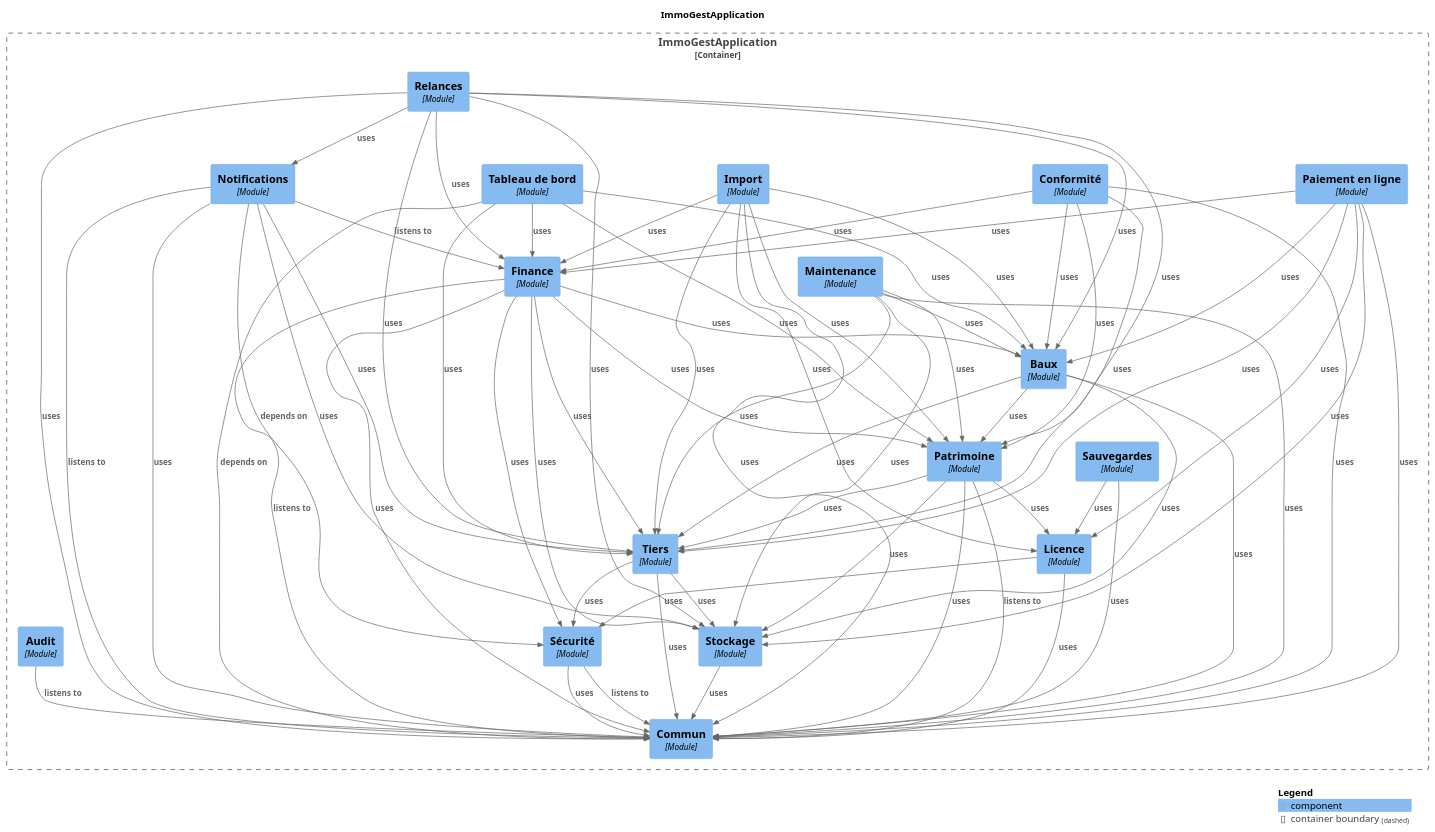
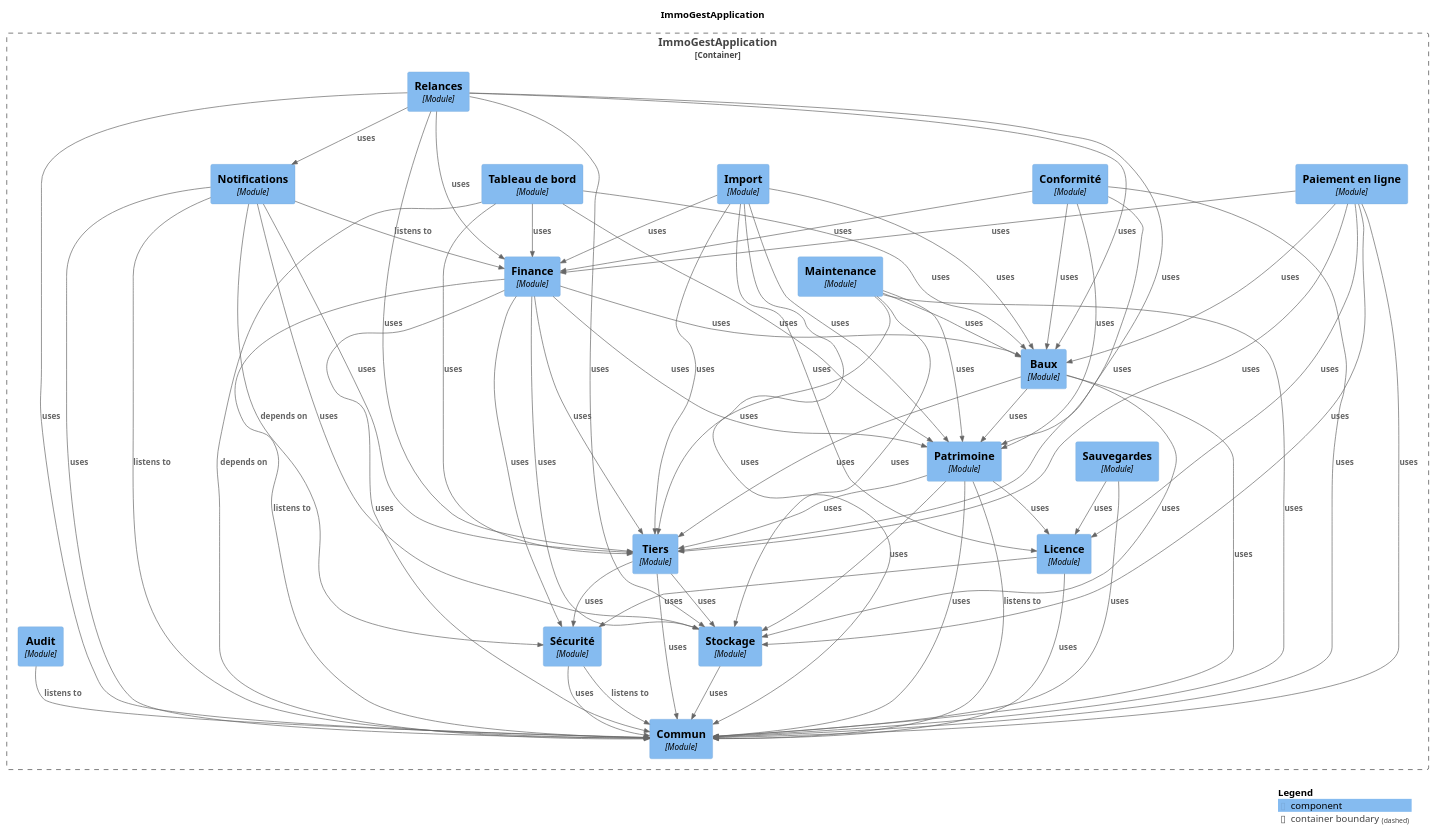
Before and after one commit to fixedevelloper/csimmo: the diagram in docs/modules/components.puml, drawn with PlantUML. The commit also changed other lines of this file and 68 other files, not shown here.

```diff
--- a/docs/modules/components.puml
+++ b/docs/modules/components.puml
@@ -28,7 +28,24 @@
   Component(ImmoGestApplication.ImmoGestApplication.Patrimoine, "Patrimoine", $techn="Module", $descr="", $tags="", $link="")
 }
 
+Rel(ImmoGestApplication.ImmoGestApplication.Notifications, ImmoGestApplication.ImmoGestApplication.Commun, "uses", $techn="", $tags="", $link="")
+Rel(ImmoGestApplication.ImmoGestApplication.Paiementenligne, ImmoGestApplication.ImmoGestApplication.Finance, "uses", $techn="", $tags="", $link="")
+Rel(ImmoGestApplication.ImmoGestApplication.Paiementenligne, ImmoGestApplication.ImmoGestApplication.Baux, "uses", $techn="", $tags="", $link="")
+Rel(ImmoGestApplication.ImmoGestApplication.Paiementenligne, ImmoGestApplication.ImmoGestApplication.Tiers, "uses", $techn="", $tags="", $link="")
+Rel(ImmoGestApplication.ImmoGestApplication.Paiementenligne, ImmoGestApplication.ImmoGestApplication.Licence, "uses", $techn="", $tags="", $link="")
+Rel(ImmoGestApplication.ImmoGestApplication.Paiementenligne, ImmoGestApplication.ImmoGestApplication.Stockage, "uses", $techn="", $tags="", $link="")
+Rel(ImmoGestApplication.ImmoGestApplication.Paiementenligne, ImmoGestApplication.ImmoGestApplication.Commun, "uses", $techn="", $tags="", $link="")
+Rel(ImmoGestApplication.ImmoGestApplication.Baux, ImmoGestApplication.ImmoGestApplication.Patrimoine, "uses", $techn="", $tags="", $link="")
+Rel(ImmoGestApplication.ImmoGestApplication.Baux, ImmoGestApplication.ImmoGestApplication.Tiers, "uses", $techn="", $tags="", $link="")
+Rel(ImmoGestApplication.ImmoGestApplication.Baux, ImmoGestApplication.ImmoGestApplication.Stockage, "uses", $techn="", $tags="", $link="")
+Rel(ImmoGestApplication.ImmoGestApplication.Baux, ImmoGestApplication.ImmoGestApplication.Commun, "uses", $techn="", $tags="", $link="")
+Rel(ImmoGestApplication.ImmoGestApplication.Conformité, ImmoGestApplication.ImmoGestApplication.Tiers, "uses", $techn="", $tags="", $link="")
+Rel(ImmoGestApplication.ImmoGestApplication.Conformité, ImmoGestApplication.ImmoGestApplication.Baux, "uses", $techn="", $tags="", $link="")
+Rel(ImmoGestApplication.ImmoGestApplication.Conformité, ImmoGestApplication.ImmoGestApplication.Finance, "uses", $techn="", $tags="", $link="")
+Rel(ImmoGestApplication.ImmoGestApplication.Conformité, ImmoGestApplication.ImmoGestApplication.Patrimoine, "uses", $techn="", $tags="", $link="")
 Rel(ImmoGestApplication.ImmoGestApplication.Conformité, ImmoGestApplication.ImmoGestApplication.Commun, "uses", $techn="", $tags="", $link="")
+Rel(ImmoGestApplication.ImmoGestApplication.Licence, ImmoGestApplication.ImmoGestApplication.Sécurité, "uses", $techn="", $tags="", $link="")
+Rel(ImmoGestApplication.ImmoGestApplication.Licence, ImmoGestApplication.ImmoGestApplication.Commun, "uses", $techn="", $tags="", $link="")
 Rel(ImmoGestApplication.ImmoGestApplication.Finance, ImmoGestApplication.ImmoGestApplication.Commun, "listens to", $techn="", $tags="", $link="")
 Rel(ImmoGestApplication.ImmoGestApplication.Finance, ImmoGestApplication.ImmoGestApplication.Patrimoine, "uses", $techn="", $tags="", $link="")
 Rel(ImmoGestApplication.ImmoGestApplication.Finance, ImmoGestApplication.ImmoGestApplication.Commun, "uses", $techn="", $tags="", $link="")
@@ -36,53 +53,13 @@
 Rel(ImmoGestApplication.ImmoGestApplication.Finance, ImmoGestApplication.ImmoGestApplication.Tiers, "uses", $techn="", $tags="", $link="")
 Rel(ImmoGestApplication.ImmoGestApplication.Finance, ImmoGestApplication.ImmoGestApplication.Stockage, "uses", $techn="", $tags="", $link="")
 Rel(ImmoGestApplication.ImmoGestApplication.Finance, ImmoGestApplication.ImmoGestApplication.Sécurité, "uses", $techn="", $tags="", $link="")
-Rel(ImmoGestApplication.ImmoGestApplication.Tiers, ImmoGestApplication.ImmoGestApplication.Stockage, "uses", $techn="", $tags="", $link="")
-Rel(ImmoGestApplication.ImmoGestApplication.Tiers, ImmoGestApplication.ImmoGestApplication.Commun, "uses", $techn="", $tags="", $link="")
-Rel(ImmoGestApplication.ImmoGestApplication.Tiers, ImmoGestApplication.ImmoGestApplication.Sécurité, "uses", $techn="", $tags="", $link="")
-Rel(ImmoGestApplication.ImmoGestApplication.Maintenance, ImmoGestApplication.ImmoGestApplication.Baux, "uses", $techn="", $tags="", $link="")
-Rel(ImmoGestApplication.ImmoGestApplication.Maintenance, ImmoGestApplication.ImmoGestApplication.Patrimoine, "uses", $techn="", $tags="", $link="")
-Rel(ImmoGestApplication.ImmoGestApplication.Maintenance, ImmoGestApplication.ImmoGestApplication.Tiers, "uses", $techn="", $tags="", $link="")
-Rel(ImmoGestApplication.ImmoGestApplication.Maintenance, ImmoGestApplication.ImmoGestApplication.Stockage, "uses", $techn="", $tags="", $link="")
-Rel(ImmoGestApplication.ImmoGestApplication.Maintenance, ImmoGestApplication.ImmoGestApplication.Commun, "uses", $techn="", $tags="", $link="")
-Rel(ImmoGestApplication.ImmoGestApplication.Baux, ImmoGestApplication.ImmoGestApplication.Patrimoine, "uses", $techn="", $tags="", $link="")
-Rel(ImmoGestApplication.ImmoGestApplication.Baux, ImmoGestApplication.ImmoGestApplication.Tiers, "uses", $techn="", $tags="", $link="")
-Rel(ImmoGestApplication.ImmoGestApplication.Baux, ImmoGestApplication.ImmoGestApplication.Stockage, "uses", $techn="", $tags="", $link="")
-Rel(ImmoGestApplication.ImmoGestApplication.Baux, ImmoGestApplication.ImmoGestApplication.Commun, "uses", $techn="", $tags="", $link="")
-Rel(ImmoGestApplication.ImmoGestApplication.Notifications, ImmoGestApplication.ImmoGestApplication.Commun, "listens to", $techn="", $tags="", $link="")
-Rel(ImmoGestApplication.ImmoGestApplication.Notifications, ImmoGestApplication.ImmoGestApplication.Finance, "listens to", $techn="", $tags="", $link="")
-Rel(ImmoGestApplication.ImmoGestApplication.Notifications, ImmoGestApplication.ImmoGestApplication.Sécurité, "depends on", $techn="", $tags="", $link="")
-Rel(ImmoGestApplication.ImmoGestApplication.Notifications, ImmoGestApplication.ImmoGestApplication.Stockage, "uses", $techn="", $tags="", $link="")
-Rel(ImmoGestApplication.ImmoGestApplication.Notifications, ImmoGestApplication.ImmoGestApplication.Tiers, "uses", $techn="", $tags="", $link="")
-Rel(ImmoGestApplication.ImmoGestApplication.Notifications, ImmoGestApplication.ImmoGestApplication.Commun, "uses", $techn="", $tags="", $link="")
-Rel(ImmoGestApplication.ImmoGestApplication.Sécurité, ImmoGestApplication.ImmoGestApplication.Commun, "listens to", $techn="", $tags="", $link="")
-Rel(ImmoGestApplication.ImmoGestApplication.Sécurité, ImmoGestApplication.ImmoGestApplication.Commun, "uses", $techn="", $tags="", $link="")
-Rel(ImmoGestApplication.ImmoGestApplication.Paiementenligne, ImmoGestApplication.ImmoGestApplication.Finance, "uses", $techn="", $tags="", $link="")
-Rel(ImmoGestApplication.ImmoGestApplication.Paiementenligne, ImmoGestApplication.ImmoGestApplication.Baux, "uses", $techn="", $tags="", $link="")
-Rel(ImmoGestApplication.ImmoGestApplication.Paiementenligne, ImmoGestApplication.ImmoGestApplication.Tiers, "uses", $techn="", $tags="", $link="")
-Rel(ImmoGestApplication.ImmoGestApplication.Paiementenligne, ImmoGestApplication.ImmoGestApplication.Licence, "uses", $techn="", $tags="", $link="")
-Rel(ImmoGestApplication.ImmoGestApplication.Paiementenligne, ImmoGestApplication.ImmoGestApplication.Stockage, "uses", $techn="", $tags="", $link="")
-Rel(ImmoGestApplication.ImmoGestApplication.Paiementenligne, ImmoGestApplication.ImmoGestApplication.Commun, "uses", $techn="", $tags="", $link="")
-Rel(ImmoGestApplication.ImmoGestApplication.Stockage, ImmoGestApplication.ImmoGestApplication.Commun, "uses", $techn="", $tags="", $link="")
-Rel(ImmoGestApplication.ImmoGestApplication.Licence, ImmoGestApplication.ImmoGestApplication.Sécurité, "uses", $techn="", $tags="", $link="")
-Rel(ImmoGestApplication.ImmoGestApplication.Licence, ImmoGestApplication.ImmoGestApplication.Commun, "uses", $techn="", $tags="", $link="")
 Rel(ImmoGestApplication.ImmoGestApplication.Import, ImmoGestApplication.ImmoGestApplication.Patrimoine, "uses", $techn="", $tags="", $link="")
 Rel(ImmoGestApplication.ImmoGestApplication.Import, ImmoGestApplication.ImmoGestApplication.Tiers, "uses", $techn="", $tags="", $link="")
 Rel(ImmoGestApplication.ImmoGestApplication.Import, ImmoGestApplication.ImmoGestApplication.Baux, "uses", $techn="", $tags="", $link="")
 Rel(ImmoGestApplication.ImmoGestApplication.Import, ImmoGestApplication.ImmoGestApplication.Finance, "uses", $techn="", $tags="", $link="")
 Rel(ImmoGestApplication.ImmoGestApplication.Import, ImmoGestApplication.ImmoGestApplication.Licence, "uses", $techn="", $tags="", $link="")
 Rel(ImmoGestApplication.ImmoGestApplication.Import, ImmoGestApplication.ImmoGestApplication.Commun, "uses", $techn="", $tags="", $link="")
-Rel(ImmoGestApplication.ImmoGestApplication.Tableaudebord, ImmoGestApplication.ImmoGestApplication.Commun, "depends on", $techn="", $tags="", $link="")
-Rel(ImmoGestApplication.ImmoGestApplication.Tableaudebord, ImmoGestApplication.ImmoGestApplication.Patrimoine, "uses", $techn="", $tags="", $link="")
-Rel(ImmoGestApplication.ImmoGestApplication.Tableaudebord, ImmoGestApplication.ImmoGestApplication.Baux, "uses", $techn="", $tags="", $link="")
-Rel(ImmoGestApplication.ImmoGestApplication.Tableaudebord, ImmoGestApplication.ImmoGestApplication.Tiers, "uses", $techn="", $tags="", $link="")
-Rel(ImmoGestApplication.ImmoGestApplication.Tableaudebord, ImmoGestApplication.ImmoGestApplication.Finance, "uses", $techn="", $tags="", $link="")
-Rel(ImmoGestApplication.ImmoGestApplication.Patrimoine, ImmoGestApplication.ImmoGestApplication.Commun, "listens to", $techn="", $tags="", $link="")
-Rel(ImmoGestApplication.ImmoGestApplication.Patrimoine, ImmoGestApplication.ImmoGestApplication.Licence, "uses", $techn="", $tags="", $link="")
-Rel(ImmoGestApplication.ImmoGestApplication.Patrimoine, ImmoGestApplication.ImmoGestApplication.Stockage, "uses", $techn="", $tags="", $link="")
-Rel(ImmoGestApplication.ImmoGestApplication.Patrimoine, ImmoGestApplication.ImmoGestApplication.Commun, "uses", $techn="", $tags="", $link="")
-Rel(ImmoGestApplication.ImmoGestApplication.Patrimoine, ImmoGestApplication.ImmoGestApplication.Tiers, "uses", $techn="", $tags="", $link="")
-Rel(ImmoGestApplication.ImmoGestApplication.Sauvegardes, ImmoGestApplication.ImmoGestApplication.Licence, "uses", $techn="", $tags="", $link="")
-Rel(ImmoGestApplication.ImmoGestApplication.Sauvegardes, ImmoGestApplication.ImmoGestApplication.Commun, "uses", $techn="", $tags="", $link="")
+Rel(ImmoGestApplication.ImmoGestApplication.Audit, ImmoGestApplication.ImmoGestApplication.Commun, "listens to", $techn="", $tags="", $link="")
 Rel(ImmoGestApplication.ImmoGestApplication.Relances, ImmoGestApplication.ImmoGestApplication.Finance, "uses", $techn="", $tags="", $link="")
 Rel(ImmoGestApplication.ImmoGestApplication.Relances, ImmoGestApplication.ImmoGestApplication.Baux, "uses", $techn="", $tags="", $link="")
 Rel(ImmoGestApplication.ImmoGestApplication.Relances, ImmoGestApplication.ImmoGestApplication.Patrimoine, "uses", $techn="", $tags="", $link="")
@@ -90,11 +67,34 @@
 Rel(ImmoGestApplication.ImmoGestApplication.Relances, ImmoGestApplication.ImmoGestApplication.Notifications, "uses", $techn="", $tags="", $link="")
 Rel(ImmoGestApplication.ImmoGestApplication.Relances, ImmoGestApplication.ImmoGestApplication.Stockage, "uses", $techn="", $tags="", $link="")
 Rel(ImmoGestApplication.ImmoGestApplication.Relances, ImmoGestApplication.ImmoGestApplication.Commun, "uses", $techn="", $tags="", $link="")
-Rel(ImmoGestApplication.ImmoGestApplication.Audit, ImmoGestApplication.ImmoGestApplication.Commun, "listens to", $techn="", $tags="", $link="")
-Rel(ImmoGestApplication.ImmoGestApplication.Conformité, ImmoGestApplication.ImmoGestApplication.Tiers, "uses", $techn="", $tags="", $link="")
-Rel(ImmoGestApplication.ImmoGestApplication.Conformité, ImmoGestApplication.ImmoGestApplication.Baux, "uses", $techn="", $tags="", $link="")
-Rel(ImmoGestApplication.ImmoGestApplication.Conformité, ImmoGestApplication.ImmoGestApplication.Finance, "uses", $techn="", $tags="", $link="")
-Rel(ImmoGestApplication.ImmoGestApplication.Conformité, ImmoGestApplication.ImmoGestApplication.Patrimoine, "uses", $techn="", $tags="", $link="")
+Rel(ImmoGestApplication.ImmoGestApplication.Sauvegardes, ImmoGestApplication.ImmoGestApplication.Licence, "uses", $techn="", $tags="", $link="")
+Rel(ImmoGestApplication.ImmoGestApplication.Sauvegardes, ImmoGestApplication.ImmoGestApplication.Commun, "uses", $techn="", $tags="", $link="")
+Rel(ImmoGestApplication.ImmoGestApplication.Maintenance, ImmoGestApplication.ImmoGestApplication.Baux, "uses", $techn="", $tags="", $link="")
+Rel(ImmoGestApplication.ImmoGestApplication.Maintenance, ImmoGestApplication.ImmoGestApplication.Patrimoine, "uses", $techn="", $tags="", $link="")
+Rel(ImmoGestApplication.ImmoGestApplication.Maintenance, ImmoGestApplication.ImmoGestApplication.Tiers, "uses", $techn="", $tags="", $link="")
+Rel(ImmoGestApplication.ImmoGestApplication.Maintenance, ImmoGestApplication.ImmoGestApplication.Stockage, "uses", $techn="", $tags="", $link="")
+Rel(ImmoGestApplication.ImmoGestApplication.Maintenance, ImmoGestApplication.ImmoGestApplication.Commun, "uses", $techn="", $tags="", $link="")
+Rel(ImmoGestApplication.ImmoGestApplication.Sécurité, ImmoGestApplication.ImmoGestApplication.Commun, "listens to", $techn="", $tags="", $link="")
+Rel(ImmoGestApplication.ImmoGestApplication.Sécurité, ImmoGestApplication.ImmoGestApplication.Commun, "uses", $techn="", $tags="", $link="")
+Rel(ImmoGestApplication.ImmoGestApplication.Patrimoine, ImmoGestApplication.ImmoGestApplication.Commun, "listens to", $techn="", $tags="", $link="")
+Rel(ImmoGestApplication.ImmoGestApplication.Patrimoine, ImmoGestApplication.ImmoGestApplication.Licence, "uses", $techn="", $tags="", $link="")
+Rel(ImmoGestApplication.ImmoGestApplication.Patrimoine, ImmoGestApplication.ImmoGestApplication.Stockage, "uses", $techn="", $tags="", $link="")
+Rel(ImmoGestApplication.ImmoGestApplication.Patrimoine, ImmoGestApplication.ImmoGestApplication.Commun, "uses", $techn="", $tags="", $link="")
+Rel(ImmoGestApplication.ImmoGestApplication.Patrimoine, ImmoGestApplication.ImmoGestApplication.Tiers, "uses", $techn="", $tags="", $link="")
+Rel(ImmoGestApplication.ImmoGestApplication.Tableaudebord, ImmoGestApplication.ImmoGestApplication.Commun, "depends on", $techn="", $tags="", $link="")
+Rel(ImmoGestApplication.ImmoGestApplication.Tableaudebord, ImmoGestApplication.ImmoGestApplication.Patrimoine, "uses", $techn="", $tags="", $link="")
+Rel(ImmoGestApplication.ImmoGestApplication.Tableaudebord, ImmoGestApplication.ImmoGestApplication.Baux, "uses", $techn="", $tags="", $link="")
+Rel(ImmoGestApplication.ImmoGestApplication.Tableaudebord, ImmoGestApplication.ImmoGestApplication.Tiers, "uses", $techn="", $tags="", $link="")
+Rel(ImmoGestApplication.ImmoGestApplication.Tableaudebord, ImmoGestApplication.ImmoGestApplication.Finance, "uses", $techn="", $tags="", $link="")
+Rel(ImmoGestApplication.ImmoGestApplication.Tiers, ImmoGestApplication.ImmoGestApplication.Stockage, "uses", $techn="", $tags="", $link="")
+Rel(ImmoGestApplication.ImmoGestApplication.Tiers, ImmoGestApplication.ImmoGestApplication.Commun, "uses", $techn="", $tags="", $link="")
+Rel(ImmoGestApplication.ImmoGestApplication.Tiers, ImmoGestApplication.ImmoGestApplication.Sécurité, "uses", $techn="", $tags="", $link="")
+Rel(ImmoGestApplication.ImmoGestApplication.Stockage, ImmoGestApplication.ImmoGestApplication.Commun, "uses", $techn="", $tags="", $link="")
+Rel(ImmoGestApplication.ImmoGestApplication.Notifications, ImmoGestApplication.ImmoGestApplication.Commun, "listens to", $techn="", $tags="", $link="")
+Rel(ImmoGestApplication.ImmoGestApplication.Notifications, ImmoGestApplication.ImmoGestApplication.Finance, "listens to", $techn="", $tags="", $link="")
+Rel(ImmoGestApplication.ImmoGestApplication.Notifications, ImmoGestApplication.ImmoGestApplication.Sécurité, "depends on", $techn="", $tags="", $link="")
+Rel(ImmoGestApplication.ImmoGestApplication.Notifications, ImmoGestApplication.ImmoGestApplication.Stockage, "uses", $techn="", $tags="", $link="")
+Rel(ImmoGestApplication.ImmoGestApplication.Notifications, ImmoGestApplication.ImmoGestApplication.Tiers, "uses", $techn="", $tags="", $link="")
 
 SHOW_LEGEND(true)
 @enduml
```
